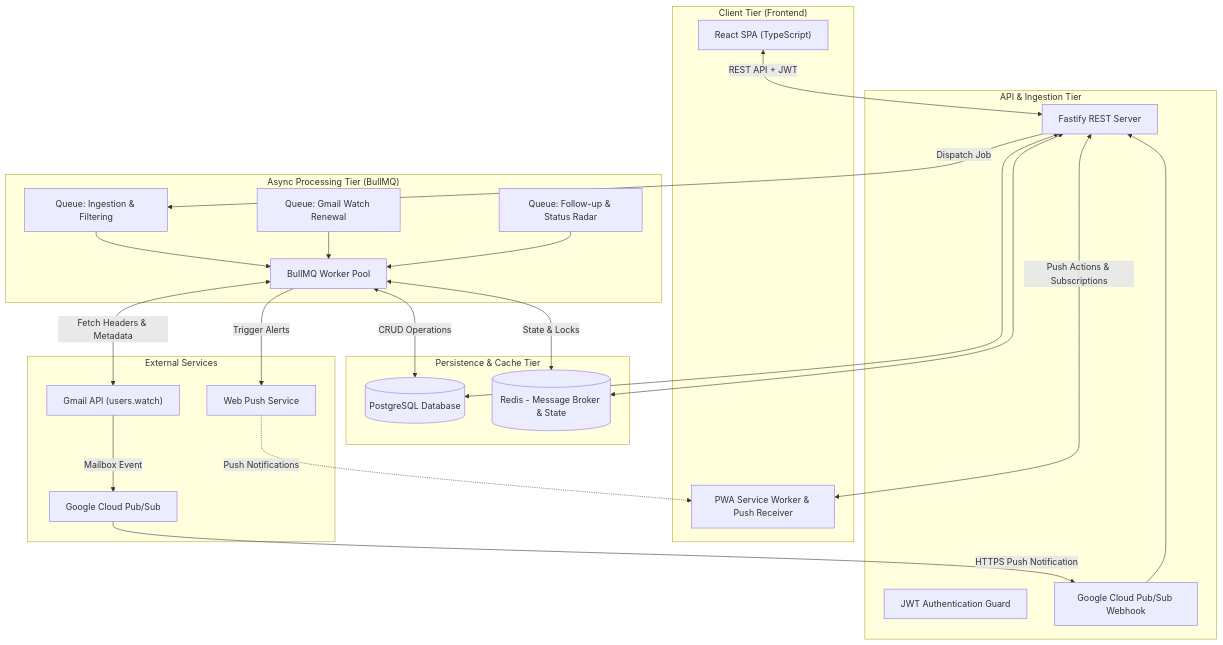
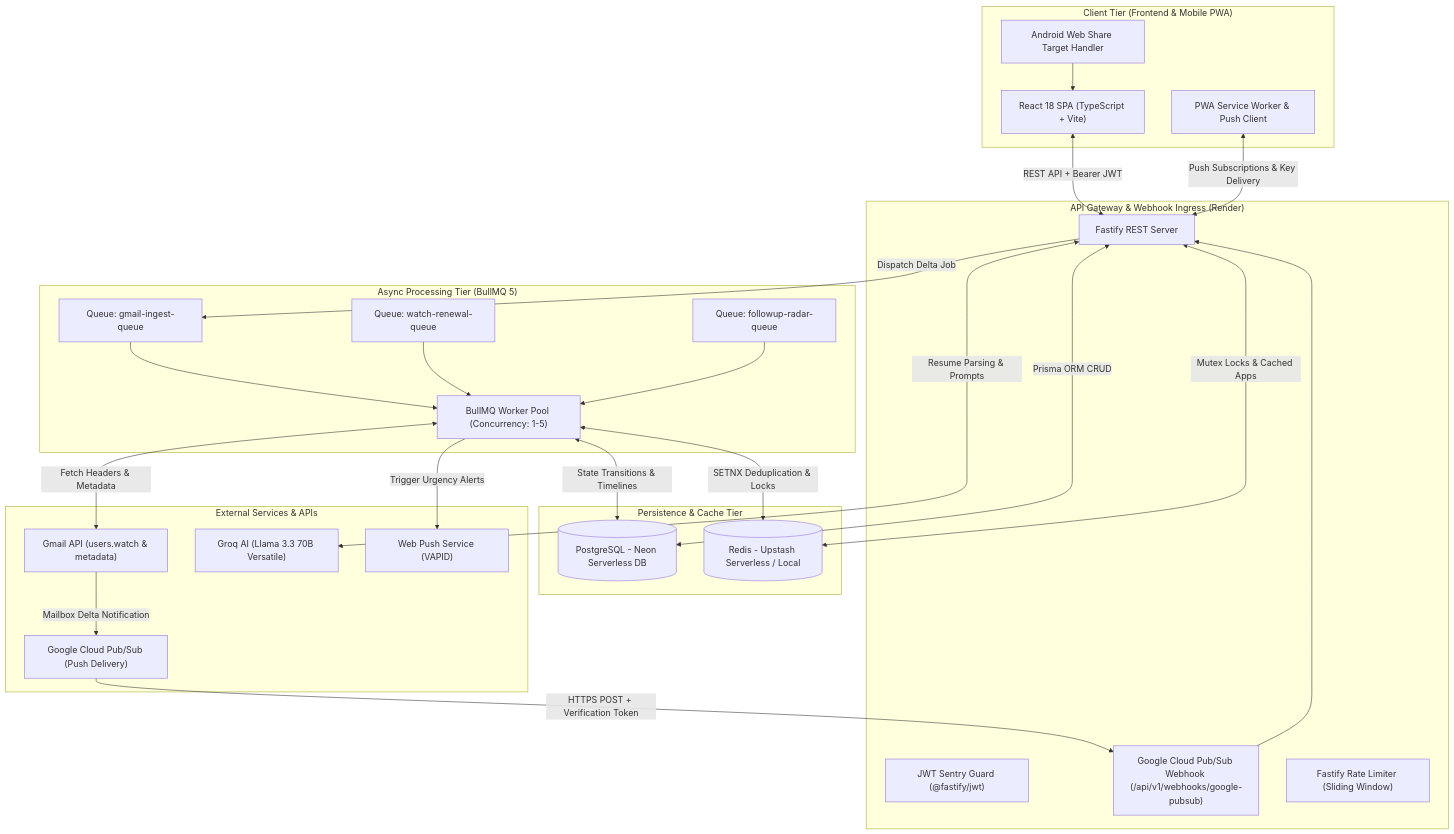
The first of 7 diagrams in ARCHITECTURE.md (LalitWagh34/ApplyTrack), drawn with Mermaid before and after one commit. The commit also changed other lines of this file and 1 other file, not shown here.

Commit message:
docs: modernize README and ARCHITECTURE with Phase 2 specs and PubSub route

````diff
--- a/ARCHITECTURE.md
+++ b/ARCHITECTURE.md
@@ -10,55 +10,59 @@
 ```mermaid
 flowchart TB
-    subgraph ClientTier["Client Tier (Frontend)"]
-        SPA["React SPA (TypeScript)"]
-        PWA["PWA Service Worker & Push Receiver"]
+    subgraph ClientTier["Client Tier (Frontend & Mobile PWA)"]
+        SPA["React 18 SPA (TypeScript + Vite)"]
+        PWA["PWA Service Worker & Push Client"]
+        ShareTarget["Android Web Share Target Handler"]
     end
 
-    subgraph IngestionGateway["API & Ingestion Tier"]
+    subgraph IngressGateway["API Gateway & Webhook Ingress (Render)"]
         FastifyServer["Fastify REST Server"]
-        JWTSentry["JWT Authentication Guard"]
-        PubSubWebhook["Google Cloud Pub/Sub Webhook"]
+        JWTSentry["JWT Sentry Guard (@fastify/jwt)"]
+        PubSubWebhook["Google Cloud Pub/Sub Webhook (/api/v1/webhooks/google-pubsub)"]
+        RateLimiter["Fastify Rate Limiter (Sliding Window)"]
     end
 
-    subgraph AsyncTier["Async Processing Tier (BullMQ)"]
-        IngestQ["Queue: Ingestion & Filtering"]
-        WatchQ["Queue: Gmail Watch Renewal"]
-        CronQ["Queue: Follow-up & Status Radar"]
-        Workers["BullMQ Worker Pool"]
+    subgraph AsyncTier["Async Processing Tier (BullMQ 5)"]
+        IngestQ["Queue: gmail-ingest-queue"]
+        WatchQ["Queue: watch-renewal-queue"]
+        CronQ["Queue: followup-radar-queue"]
+        Workers["BullMQ Worker Pool (Concurrency: 1-5)"]
     end
 
     subgraph PersistenceTier["Persistence & Cache Tier"]
-        Postgres[(PostgreSQL Database)]
-        RedisCache[(Redis - Message Broker & State)]
+        Postgres[(PostgreSQL - Neon Serverless DB)]
+        RedisCache[(Redis - Upstash Serverless / Local)]
     end
 
-    subgraph ExternalEcosystem["External Services"]
-        GooglePubSub["Google Cloud Pub/Sub"]
-        GmailService["Gmail API (users.watch)"]
-        NotificationHub["Web Push Service"]
+    subgraph ExternalEcosystem["External Services & APIs"]
+        GooglePubSub["Google Cloud Pub/Sub (Push Delivery)"]
+        GmailService["Gmail API (users.watch & metadata)"]
+        GroqEngine["Groq AI (Llama 3.3 70B Versatile)"]
+        WebPushEngine["Web Push Service (VAPID)"]
     end
 
     %% Client Communication
-    SPA <-->|REST API + JWT| FastifyServer
-    PWA <-->|Push Actions & Subscriptions| FastifyServer
-    NotificationHub -.->|Push Notifications| PWA
+    SPA <-->|REST API + Bearer JWT| FastifyServer
+    PWA <-->|Push Subscriptions & Key Delivery| FastifyServer
+    ShareTarget --> SPA
 
     %% Ingestion Flow
-    GmailService -->|Mailbox Event| GooglePubSub
-    GooglePubSub -->|HTTPS Push Notification| PubSubWebhook
+    GmailService -->|Mailbox Delta Notification| GooglePubSub
+    GooglePubSub -->|HTTPS POST + Verification Token| PubSubWebhook
     PubSubWebhook --> FastifyServer
 
     %% Server to Async & Cache
-    FastifyServer -->|Dispatch Job| IngestQ
-    FastifyServer <--> RedisCache
-    FastifyServer <--> Postgres
+    FastifyServer -->|Dispatch Delta Job| IngestQ
+    FastifyServer <-->|Mutex Locks & Cached Apps| RedisCache
+    FastifyServer <-->|Prisma ORM CRUD| Postgres
+    FastifyServer <-->|Resume Parsing & Prompts| GroqEngine
 
     %% Workers & Queues
     IngestQ --> Workers
     WatchQ --> Workers
     CronQ --> Workers
-    Workers <-->|State & Locks| RedisCache
-    Workers <-->|CRUD Operations| Postgres
+    Workers <-->|SETNX Deduplication & Locks| RedisCache
+    Workers <-->|State Transitions & Timelines| Postgres
     Workers <-->|Fetch Headers & Metadata| GmailService
-    Workers -->|Trigger Alerts| NotificationHub
+    Workers -->|Trigger Urgency Alerts| WebPushEngine
 ```
````
